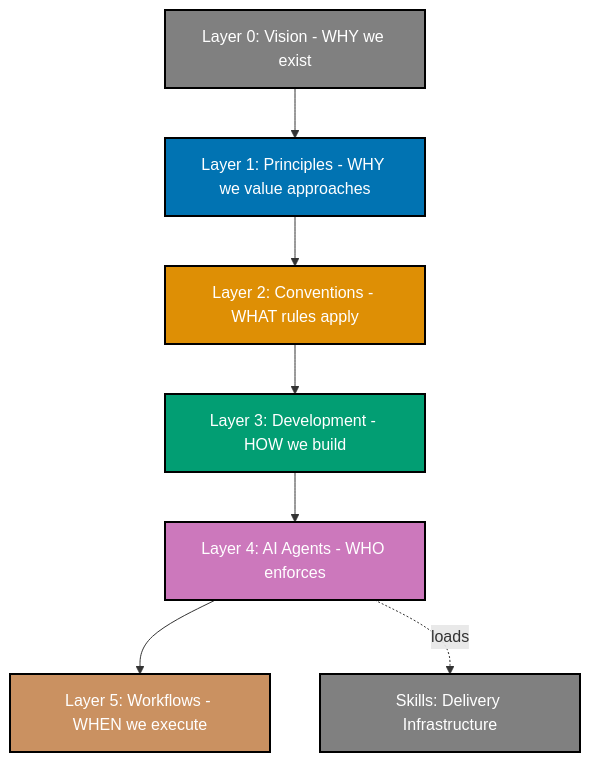
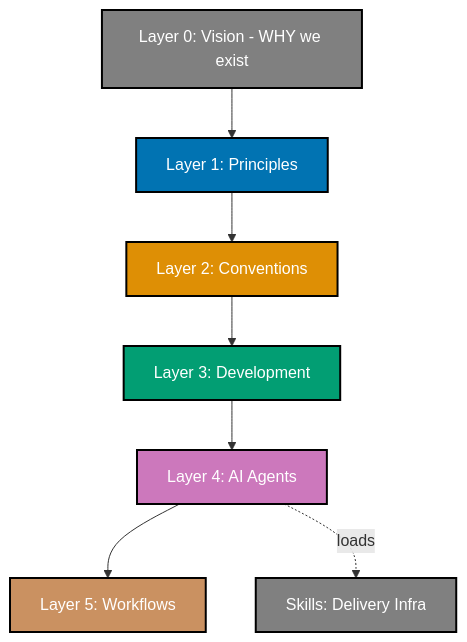
The diagram in apps/ose-web/content/updates/2026-01-11-phase-0-week-8-agent-system-and-content-improvement.md (wahidyankf/open-sharia-enterprise), drawn with Mermaid before and after one commit. The commit also changed 5 other files, not shown here.

First line of the commit message:
fix(diagrams): fix pre-existing Mermaid violations exposed by rename

````diff
--- a/apps/ose-web/content/updates/2026-01-11-phase-0-week-8-agent-system-and-content-improvement.md
+++ b/apps/ose-web/content/updates/2026-01-11-phase-0-week-8-agent-system-and-content-improvement.md
@@ -21,26 +21,26 @@
 ```mermaid
 %% Color Palette: Gray #808080 (vision/skills), Blue #0173B2 (principles), Orange #DE8F05 (conventions), Teal #029E73 (development), Purple #CC78BC (agents), Brown #CA9161 (workflows)
 graph TD
     L0["Layer 0: Vision - WHY we exist"]:::vision
-    L1["Layer 1: Principles - WHY we value approaches"]:::principles
-    L2["Layer 2: Conventions - WHAT rules apply"]:::conventions
-    L3["Layer 3: Development - HOW we build"]:::development
-    L4["Layer 4: AI Agents - WHO enforces"]:::agents
-    L5["Layer 5: Workflows - WHEN we execute"]:::workflows
-    SK["Skills: Delivery Infrastructure"]:::skills
+    L1["Layer 1: Principles"]:::principles
+    L2["Layer 2: Conventions"]:::conventions
+    L3["Layer 3: Development"]:::development
+    L4["Layer 4: AI Agents"]:::agents
+    L5["Layer 5: Workflows"]:::workflows
+    SK["Skills: Delivery Infra"]:::skills
 
     L0 --> L1
     L1 --> L2
     L2 --> L3
     L3 --> L4
     L4 --> L5
     L4 -.->|"loads"| SK
 
     classDef vision fill:#808080,stroke:#000000,color:#FFFFFF,stroke-width:2px
     classDef principles fill:#0173B2,stroke:#000000,color:#FFFFFF,stroke-width:2px
     classDef conventions fill:#DE8F05,stroke:#000000,color:#FFFFFF,stroke-width:2px
     classDef development fill:#029E73,stroke:#000000,color:#FFFFFF,stroke-width:2px
     classDef agents fill:#CC78BC,stroke:#000000,color:#FFFFFF,stroke-width:2px
     classDef workflows fill:#CA9161,stroke:#000000,color:#FFFFFF,stroke-width:2px
     classDef skills fill:#808080,stroke:#000000,color:#FFFFFF,stroke-width:2px
 ```
````
